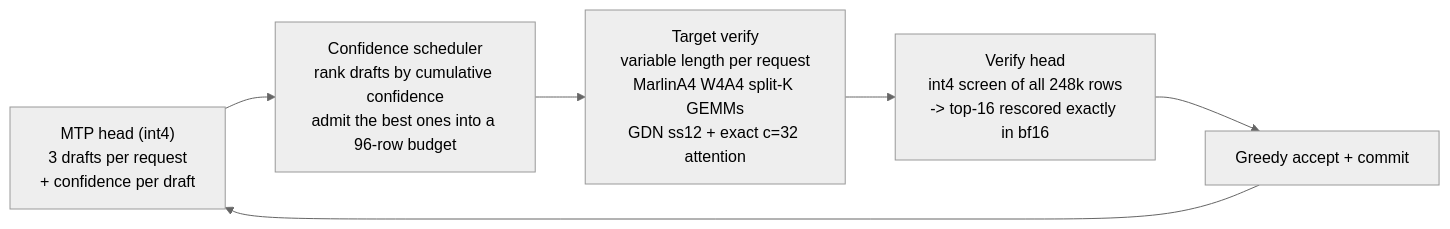
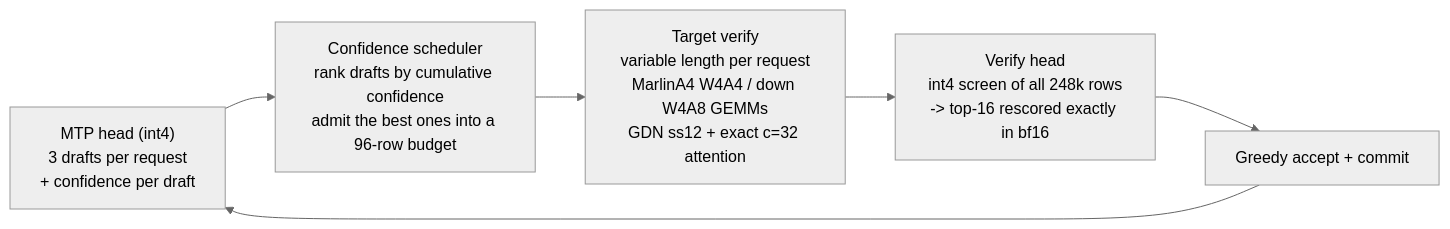
Before and after one commit to atdev-company/atdev-serve: the second of 2 diagrams in README.md, drawn with Mermaid (neutral theme). The commit also changed other lines of this file and 1 other file, not shown here.

````diff
--- a/README.md
+++ b/README.md
@@ -155,8 +171,8 @@
 ```mermaid
 flowchart LR
     A["MTP head (int4)<br/>3 drafts per request<br/>+ confidence per draft"] --> B["Confidence scheduler<br/>rank drafts by cumulative confidence<br/>admit the best ones into a 96-row budget"]
-    B --> C["Target verify<br/>variable length per request<br/>MarlinA4 W4A4 split-K GEMMs<br/>GDN ss12 + exact c=32 attention"]
+    B --> C["Target verify<br/>variable length per request<br/>MarlinA4 W4A4 / down W4A8 GEMMs<br/>GDN ss12 + exact c=32 attention"]
     C --> D["Verify head<br/>int4 screen of all 248k rows<br/>-> top-16 rescored exactly in bf16"]
     D --> E["Greedy accept + commit"]
     E --> A
 ```
````
